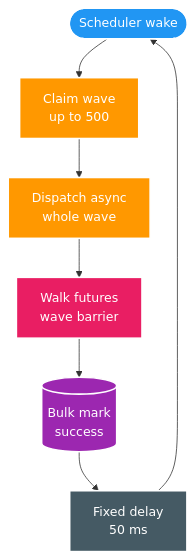
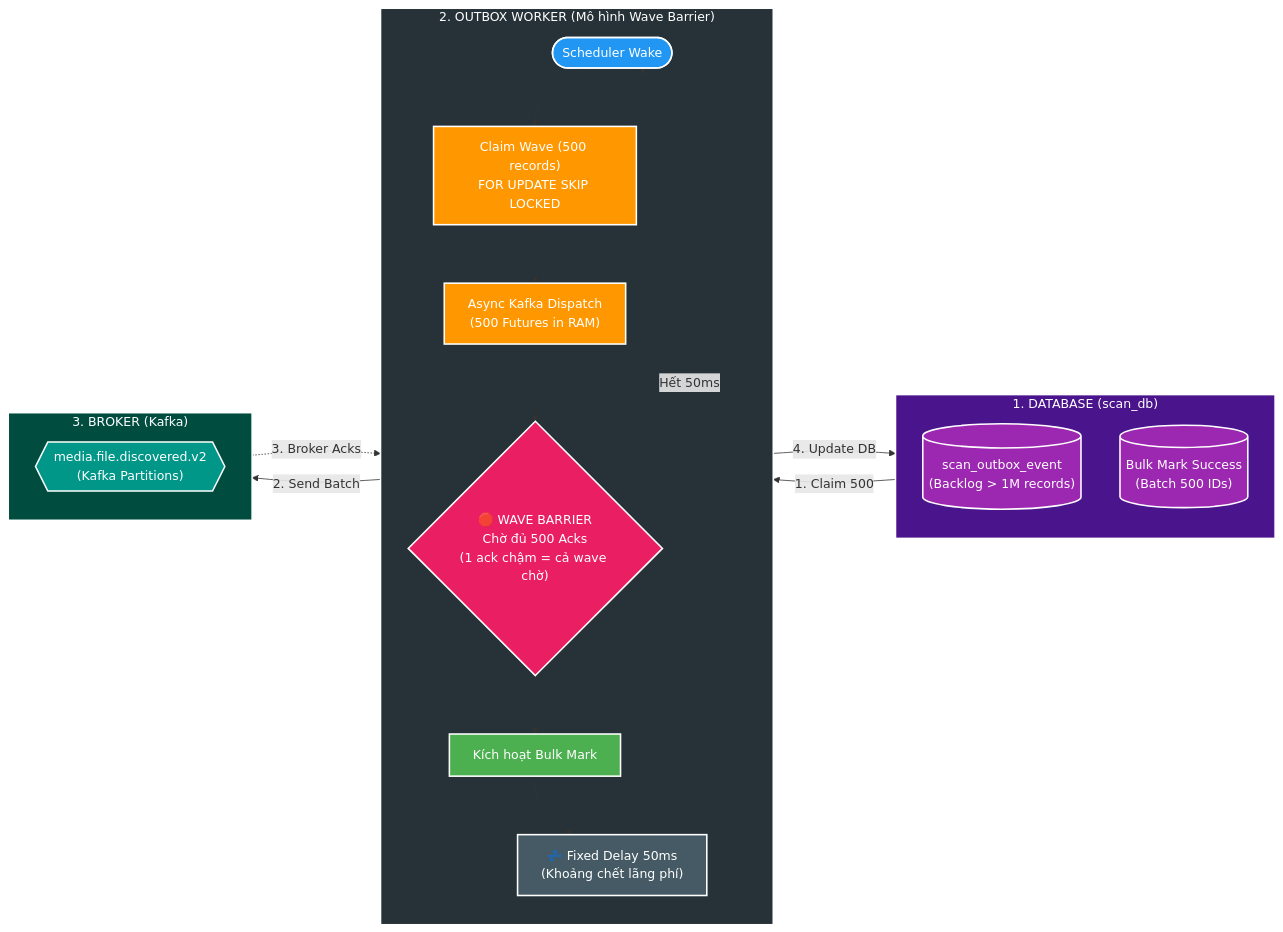
Before and after one commit to HungPhan200591/file-mngt-be-v2: the first of 2 diagrams in docs/features/052-outbox-continuous-drain/02-design.md, drawn with Mermaid. The commit also changed other lines of this file, not shown here.

Commit message:
feat(docs): update documentation for Outbox Continuous Drain and Bounded Relay implementation

````diff
--- a/docs/features/052-outbox-continuous-drain/02-design.md
+++ b/docs/features/052-outbox-continuous-drain/02-design.md
@@ -22,15 +24,43 @@
 ```mermaid
-flowchart TD
-    WAKE_OLD(["Scheduler wake"]) --> CLAIM_OLD["Claim wave<br/>up to 500"]
-    CLAIM_OLD --> SEND_OLD["Dispatch async<br/>whole wave"]
-    SEND_OLD --> WAIT_OLD["Walk futures<br/>wave barrier"]
-    WAIT_OLD --> MARK_OLD[("Bulk mark<br/>success")]
-    MARK_OLD --> DELAY_OLD["Fixed delay<br/>50 ms"]
-    DELAY_OLD --> WAKE_OLD
+flowchart LR
+    subgraph DB_SPACE["1. DATABASE (scan_db)"]
+        direction TB
+        OUTBOX_OLD[("scan_outbox_event<br/>(Backlog > 1M records)")]
+        MARK_OLD[("Bulk Mark Success<br/>(Batch 500 IDs)")]
+    end
+
+    subgraph WORKER_SPACE["2. OUTBOX WORKER (Mô hình Wave Barrier)"]
+        direction TB
+        WAKE_OLD(["Scheduler Wake"]) --> CLAIM_OLD["Claim Wave (500 records)<br/>FOR UPDATE SKIP LOCKED"]
+        CLAIM_OLD --> SEND_OLD["Async Kafka Dispatch<br/>(500 Futures in RAM)"]
+        SEND_OLD --> BARRIER_OLD{"🛑 WAVE BARRIER<br/>Chờ đủ 500 Acks<br/>(1 ack chậm = cả wave chờ)"}
+        BARRIER_OLD --> FLUSH_OLD["Kích hoạt Bulk Mark"]
+        FLUSH_OLD --> DELAY_OLD["💤 Fixed Delay 50ms<br/>(Khoảng chết lãng phí)"]
+        DELAY_OLD -.->|"Hết 50ms"| WAKE_OLD
+    end
+
+    subgraph BROKER_SPACE["3. BROKER (Kafka)"]
+        direction TB
+        TOPIC_OLD{{"media.file.discovered.v2<br/>(Kafka Partitions)"}}
+    end
+
+    OUTBOX_OLD -->|"1. Claim 500"| CLAIM_OLD
+    SEND_OLD -->|"2. Send Batch"| TOPIC_OLD
+    TOPIC_OLD -.->|"3. Broker Acks"| BARRIER_OLD
+    FLUSH_OLD -->|"4. Update DB"| MARK_OLD
+
+    style DB_SPACE fill:#4A148C,stroke:#fff,stroke-width:2px,color:#fff
+    style OUTBOX_OLD fill:#9C27B0,stroke:#fff,stroke-width:2px,color:#fff
+    style MARK_OLD fill:#9C27B0,stroke:#fff,stroke-width:2px,color:#fff
+
+    style WORKER_SPACE fill:#263238,stroke:#fff,stroke-width:2px,color:#fff
     style WAKE_OLD fill:#2196F3,stroke:#fff,stroke-width:2px,color:#fff
     style CLAIM_OLD fill:#FF9800,stroke:#fff,stroke-width:2px,color:#fff
     style SEND_OLD fill:#FF9800,stroke:#fff,stroke-width:2px,color:#fff
-    style WAIT_OLD fill:#E91E63,stroke:#fff,stroke-width:2px,color:#fff
-    style MARK_OLD fill:#9C27B0,stroke:#fff,stroke-width:2px,color:#fff
+    style BARRIER_OLD fill:#E91E63,stroke:#fff,stroke-width:2px,color:#fff
+    style FLUSH_OLD fill:#4CAF50,stroke:#fff,stroke-width:2px,color:#fff
     style DELAY_OLD fill:#455A64,stroke:#fff,stroke-width:2px,color:#fff
+
+    style BROKER_SPACE fill:#004D40,stroke:#fff,stroke-width:2px,color:#fff
+    style TOPIC_OLD fill:#009688,stroke:#fff,stroke-width:2px,color:#fff
 ```
````
